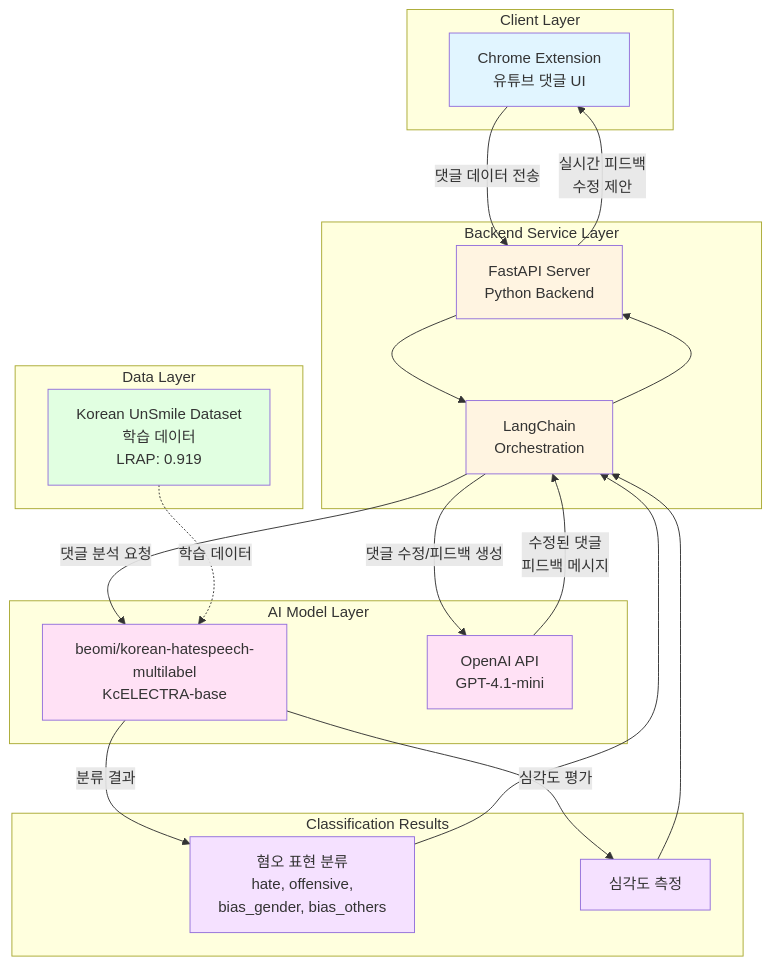
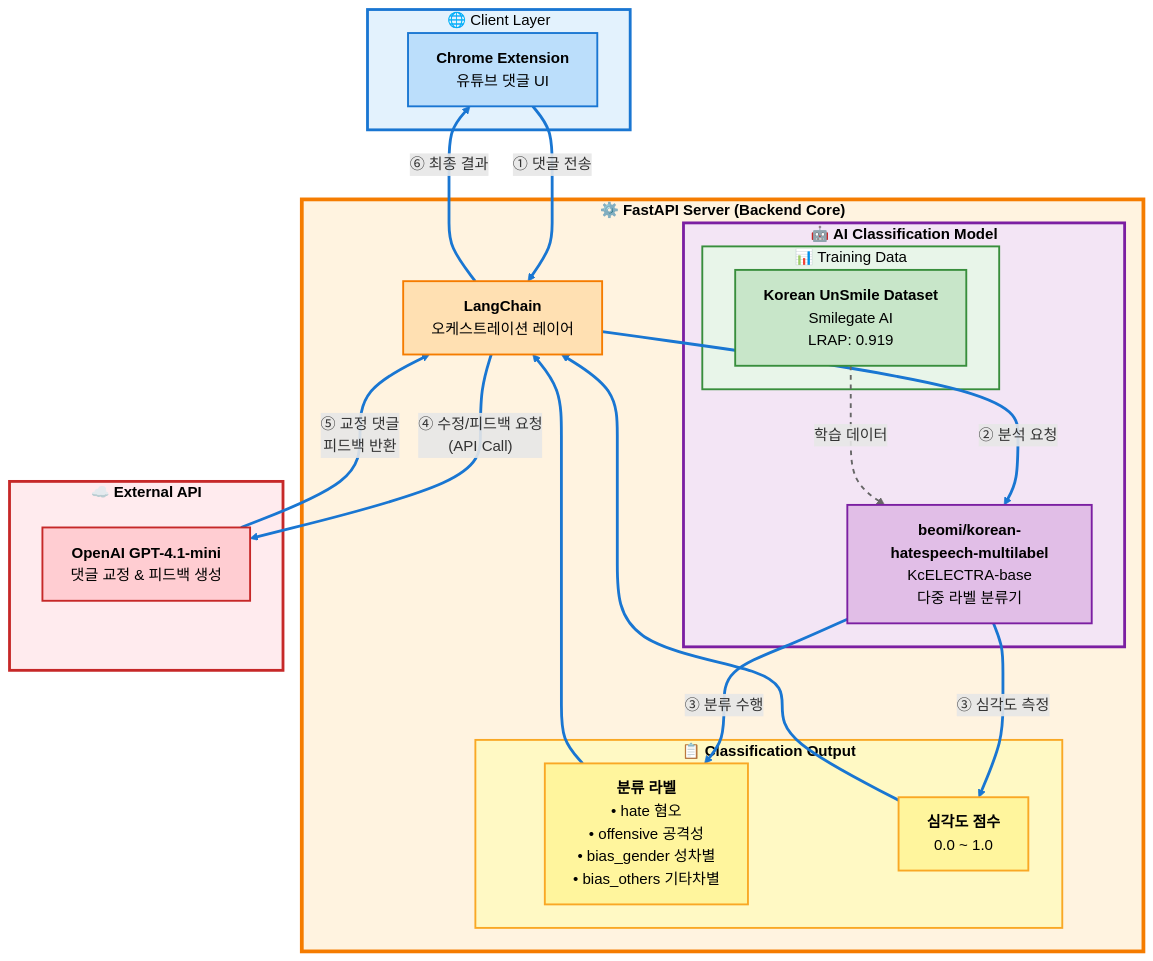
The first of 3 diagrams in README.md (Griotold/commento), drawn with Mermaid before and after one commit. The commit also changed other lines of this file, not shown here.

````diff
--- a/README.md
+++ b/README.md
@@ -4,48 +4,61 @@
 ```mermaid
 graph TB
-    subgraph "Client Layer"
-        A[Chrome Extension<br/>유튜브 댓글 UI]
+    subgraph Client["🌐 Client Layer"]
+        CE["<b>Chrome Extension</b><br/>유튜브 댓글 UI"]
     end
     
-    subgraph "Backend Service Layer"
-        B[FastAPI Server<br/>Python Backend]
-        C[LangChain<br/>Orchestration]
+    subgraph FastAPI["<b>⚙️ FastAPI Server (Backend Core)</b>"]
+        LC["<b>LangChain</b><br/>오케스트레이션 레이어"]
+        
+        subgraph Model["<b>🤖 AI Classification Model</b>"]
+            KH["<b>beomi/korean-hatespeech-multilabel</b><br/>KcELECTRA-base<br/>다중 라벨 분류기"]
+            
+            subgraph Data["📊 Training Data"]
+                DS["<b>Korean UnSmile Dataset</b><br/>Smilegate AI<br/>LRAP: 0.919"]
+            end
+        end
+        
+        subgraph Results["<b>📋 Classification Output</b>"]
+            R1["<b>분류 라벨</b><br/>• hate 혐오<br/>• offensive 공격성<br/>• bias_gender 성차별<br/>• bias_others 기타차별"]
+            R2["<b>심각도 점수</b><br/>0.0 ~ 1.0"]
+        end
     end
     
-    subgraph "AI Model Layer"
-        D[beomi/korean-hatespeech-multilabel<br/>KcELECTRA-base]
-        E[OpenAI API<br/>GPT-4.1-mini]
+    subgraph External["<b>☁️ External API</b>"]
+        GPT["<b>OpenAI GPT-4.1-mini</b><br/>댓글 교정 & 피드백 생성"]
     end
     
-    subgraph "Data Layer"
-        F[Korean UnSmile Dataset<br/>학습 데이터<br/>LRAP: 0.919]
-    end
+    CE -->|"① 댓글 전송"| LC
+    LC -->|"② 분석 요청"| KH
+    DS -.->|"학습 데이터"| KH
+    KH -->|"③ 분류 수행"| R1
+    KH -->|"③ 심각도 측정"| R2
+    R1 --> LC
+    R2 --> LC
+    LC -->|"④ 수정/피드백 요청<br/>(API Call)"| GPT
+    GPT -->|"⑤ 교정 댓글<br/>피드백 반환"| LC
+    LC -->|"⑥ 최종 결과"| CE
     
-    subgraph "Classification Results"
-        G[혐오 표현 분류<br/>hate, offensive,<br/>bias_gender, bias_others]
-        H[심각도 측정]
-    end
+    style Client fill:#e3f2fd,stroke:#1976d2,stroke-width:3px,color:#000
+    style CE fill:#bbdefb,stroke:#1976d2,stroke-width:2px,color:#000
     
-    A -->|댓글 데이터 전송| B
-    B --> C
-    C -->|댓글 분석 요청| D
-    D -->|분류 결과| G
-    D -->|심각도 평가| H
-    G --> C
-    H --> C
-    C -->|댓글 수정/피드백 생성| E
-    E -->|수정된 댓글<br/>피드백 메시지| C
-    C --> B
-    B -->|실시간 피드백<br/>수정 제안| A
+    style FastAPI fill:#fff3e0,stroke:#f57c00,stroke-width:4px,color:#000
+    style LC fill:#ffe0b2,stroke:#f57c00,stroke-width:2px,color:#000
     
-    F -.->|학습 데이터| D
+    style Model fill:#f3e5f5,stroke:#7b1fa2,stroke-width:3px,color:#000
+    style KH fill:#e1bee7,stroke:#7b1fa2,stroke-width:2px,color:#000
     
-    style A fill:#e1f5ff
-    style B fill:#fff4e1
-    style C fill:#fff4e1
-    style D fill:#ffe1f5
-    style E fill:#ffe1f5
-    style F fill:#e1ffe1
-    style G fill:#f5e1ff
-    style H fill:#f5e1ff
+    style Data fill:#e8f5e9,stroke:#388e3c,stroke-width:2px,color:#000
+    style DS fill:#c8e6c9,stroke:#388e3c,stroke-width:2px,color:#000
+    
+    style Results fill:#fff9c4,stroke:#f9a825,stroke-width:2px,color:#000
+    style R1 fill:#fff59d,stroke:#f9a825,stroke-width:2px,color:#000
+    style R2 fill:#fff59d,stroke:#f9a825,stroke-width:2px,color:#000
+    
+    style External fill:#ffebee,stroke:#c62828,stroke-width:3px,color:#000
+    style GPT fill:#ffcdd2,stroke:#c62828,stroke-width:2px,color:#000
+    
+    %% 화살표 스타일 - 파랑색 굵게
+    linkStyle 0,1,3,4,5,6,7,8,9 stroke:#1976d2,stroke-width:3px
+    linkStyle 2 stroke:#666,stroke-width:2px,stroke-dasharray:5
 ```
````
